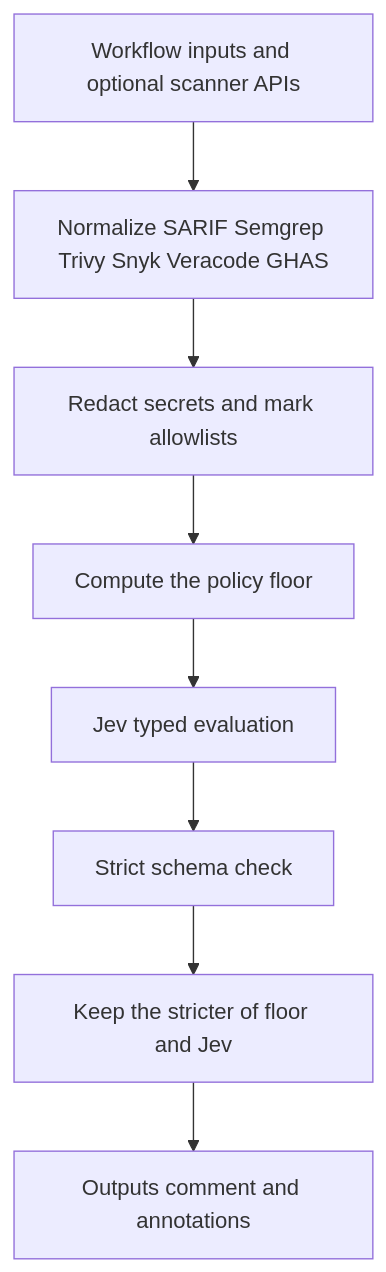
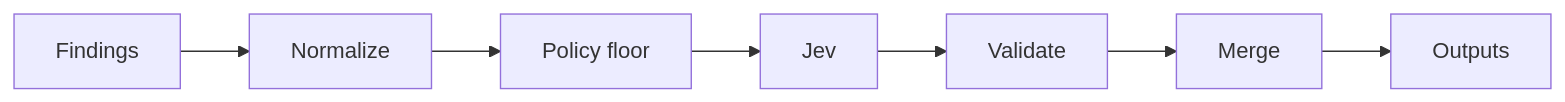
The diagram in README.md (JevForge/jev-security-sentinel), drawn with Mermaid before and after one commit. The commit also changed other lines of this file and 16 other files, not shown here.

````diff
--- a/README.md
+++ b/README.md
@@ -9,10 +53,9 @@
 ```mermaid
-flowchart TD
-  event[Workflow inputs and optional scanner APIs] --> collect[Normalize SARIF Semgrep Trivy Snyk Veracode GHAS]
-  collect --> redact[Redact secrets and mark allowlists]
-  redact --> floor[Compute the policy floor]
-  floor --> jev[Jev typed evaluation]
-  jev --> schema[Strict schema check]
-  schema --> merge[Keep the stricter of floor and Jev]
-  merge --> effects[Outputs comment and annotations]
+flowchart LR
+  A[Findings] --> B[Normalize]
+  B --> C[Policy floor]
+  C --> D[Jev]
+  D --> E[Validate]
+  E --> F[Merge]
+  F --> G[Outputs]
 ```
````
